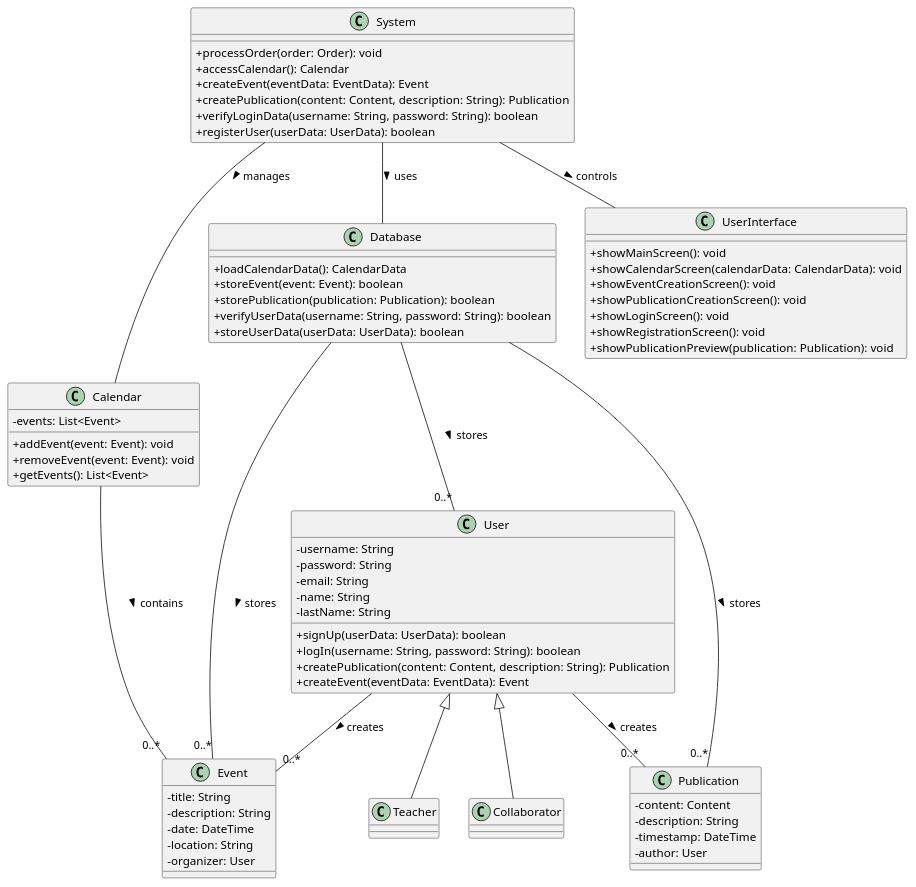
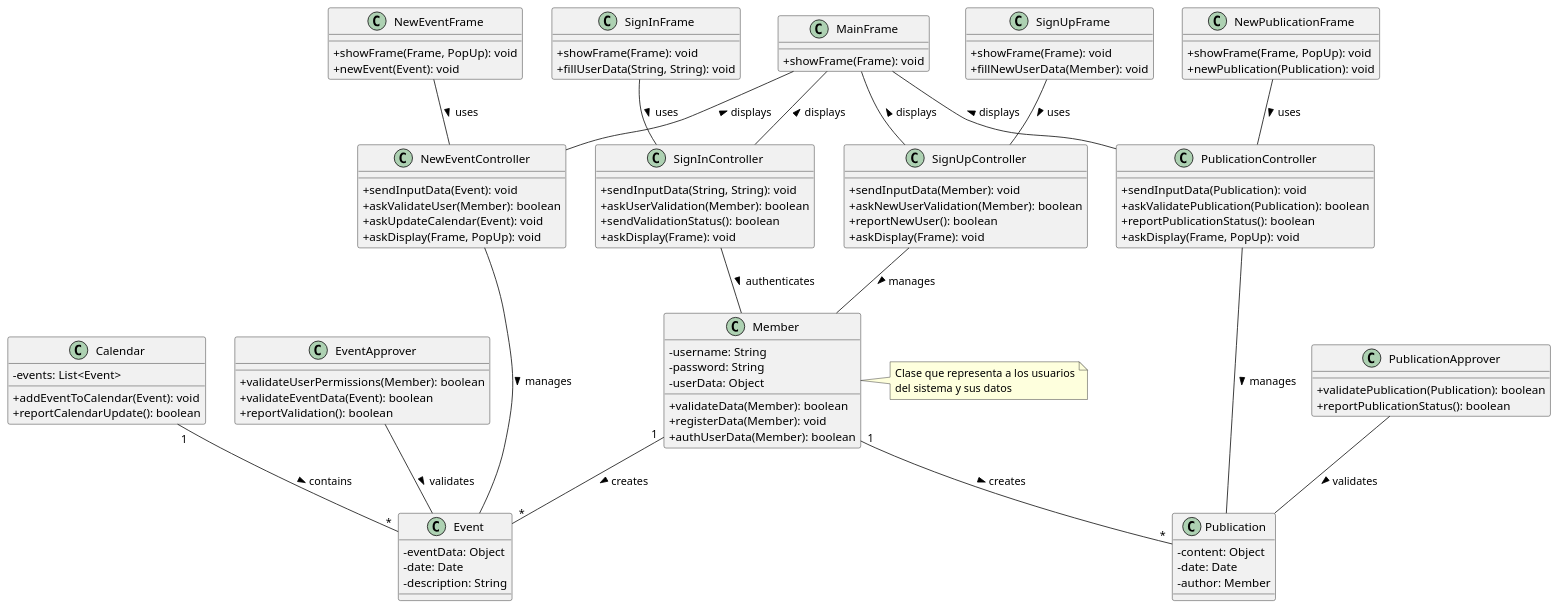
The diagram in docs/logicalView/analysisView/classAnalysis/classDiagram/classDiagram.plantuml (Danfloca02/ProyectoFacUpdate), drawn with PlantUML before and after one commit. The commit also changed 7 other files, not shown here.

Commit message:
Updated class_ diagram from Class Analysis, updated PackageDiagram and README

```diff
--- a/docs/logicalView/analysisView/classAnalysis/classDiagram/classDiagram.plantuml
+++ b/docs/logicalView/analysisView/classAnalysis/classDiagram/classDiagram.plantuml
@@ -1,85 +1,128 @@
 @startuml class_diagram
 
 skinparam classAttributeIconSize 0
 skinparam classFontSize 14
 
-class User {
-  -username: String
-  -password: String
-  -email: String
-  -name: String
-  -lastName: String
-  +signUp(userData: UserData): boolean
-  +logIn(username: String, password: String): boolean
-  +createPublication(content: Content, description: String): Publication
-  +createEvent(eventData: EventData): Event
+
+'Entities
+class Member {
+    -username: String
+    -password: String
+    -userData: Object
+    +validateData(Member): boolean
+    +registerData(Member): void
+    +authUserData(Member): boolean
 }
 
-class Teacher {
+note right of Member
+  Clase que representa a los usuarios
+  del sistema y sus datos
+end note
+
+class EventApprover {
+    +validateUserPermissions(Member): boolean
+    +validateEventData(Event): boolean
+    +reportValidation(): boolean
 }
 
-class Collaborator {
+class Calendar {
+    -events: List<Event>
+    +addEventToCalendar(Event): void
+    +reportCalendarUpdate(): boolean
 }
 
-class System {
-  +processOrder(order: Order): void
-  +accessCalendar(): Calendar
-  +createEvent(eventData: EventData): Event
-  +createPublication(content: Content, description: String): Publication
-  +verifyLoginData(username: String, password: String): boolean
-  +registerUser(userData: UserData): boolean
+class PublicationApprover {
+    +validatePublication(Publication): boolean
+    +reportPublicationStatus(): boolean
 }
 
-class Database {
-  +loadCalendarData(): CalendarData
-  +storeEvent(event: Event): boolean
-  +storePublication(publication: Publication): boolean
-  +verifyUserData(username: String, password: String): boolean
-  +storeUserData(userData: UserData): boolean
+'Controllers
+class SignUpController {
+    +sendInputData(Member): void
+    +askNewUserValidation(Member): boolean
+    +reportNewUser(): boolean
+    +askDisplay(Frame): void
 }
 
-class UserInterface {
-  +showMainScreen(): void
-  +showCalendarScreen(calendarData: CalendarData): void
-  +showEventCreationScreen(): void
-  +showPublicationCreationScreen(): void
-  +showLoginScreen(): void
-  +showRegistrationScreen(): void
-  +showPublicationPreview(publication: Publication): void
+class SignInController {
+    +sendInputData(String, String): void
+    +askUserValidation(Member): boolean
+    +sendValidationStatus(): boolean
+    +askDisplay(Frame): void
+}
+
+class PublicationController {
+    +sendInputData(Publication): void
+    +askValidatePublication(Publication): boolean
+    +reportPublicationStatus(): boolean
+    +askDisplay(Frame, PopUp): void
+}
+
+class NewEventController {
+    +sendInputData(Event): void
+    +askValidateUser(Member): boolean
+    +askUpdateCalendar(Event): void
+    +askDisplay(Frame, PopUp): void
+}
+
+'Interfaces
+class SignUpFrame {
+    +showFrame(Frame): void
+    +fillNewUserData(Member): void
+}
+
+class SignInFrame {
+    +showFrame(Frame): void
+    +fillUserData(String, String): void
+}
+
+class MainFrame {
+    +showFrame(Frame): void
+}
+
+class NewPublicationFrame {
+    +showFrame(Frame, PopUp): void
+    +newPublication(Publication): void
+}
+
+class NewEventFrame {
+    +showFrame(Frame, PopUp): void
+    +newEvent(Event): void
+}
+
+'Additional Classes needed
+class Event {
+    -eventData: Object
+    -date: Date
+    -description: String
 }
 
 class Publication {
-  -content: Content
-  -description: String
-  -timestamp: DateTime
-  -author: User
+    -content: Object
+    -date: Date
+    -author: Member
 }
 
-class Event {
-  -title: String
-  -description: String
-  -date: DateTime
-  -location: String
-  -organizer: User
-}
+'Relaciones
+Member "1" -- "*" Publication : creates >
+Member "1" -- "*" Event : creates >
+Calendar "1" -- "*" Event : contains >
+PublicationApprover -- Publication : validates >
+EventApprover -- Event : validates >
 
-class Calendar {
-  -events: List<Event>
-  +addEvent(event: Event): void
-  +removeEvent(event: Event): void
-  +getEvents(): List<Event>
-}
+SignUpController -- Member : manages >
+SignInController -- Member : authenticates >
+PublicationController -- Publication : manages >
+NewEventController -- Event : manages >
 
-User <|-- Teacher
-User <|-- Collaborator
-User -- "0..*" Publication: creates >
-User -- "0..*" Event: creates >
-System -- Database: uses >
-System -- UserInterface: controls >
-System -- Calendar: manages >
-Database -- "0..*" Publication: stores >
-Database -- "0..*" Event: stores >
-Database -- "0..*" User: stores >
-Calendar -- "0..*" Event: contains >
+SignUpFrame -- SignUpController : uses >
+SignInFrame -- SignInController : uses >
+NewPublicationFrame -- PublicationController : uses >
+NewEventFrame -- NewEventController : uses >
+
+MainFrame -- SignUpController : displays <
+MainFrame -- SignInController : displays <
+MainFrame -- PublicationController : displays <
+MainFrame -- NewEventController : displays <
 
 @enduml
```
